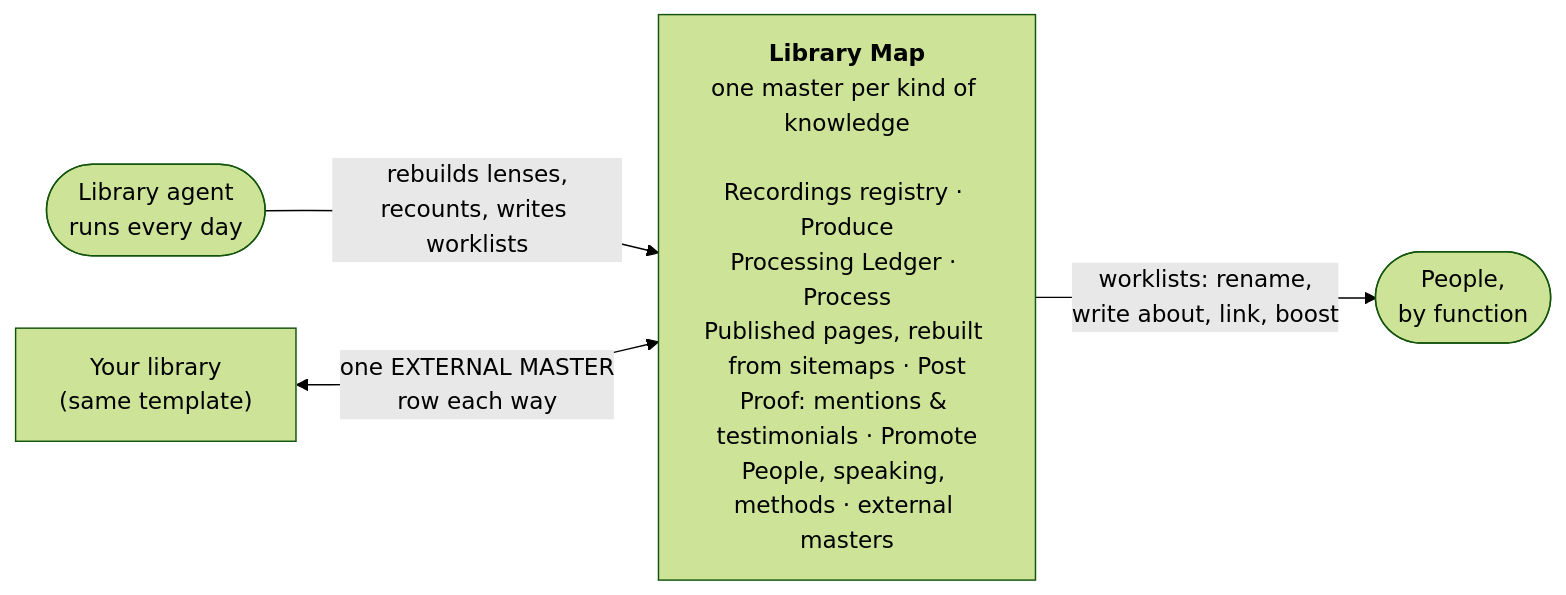
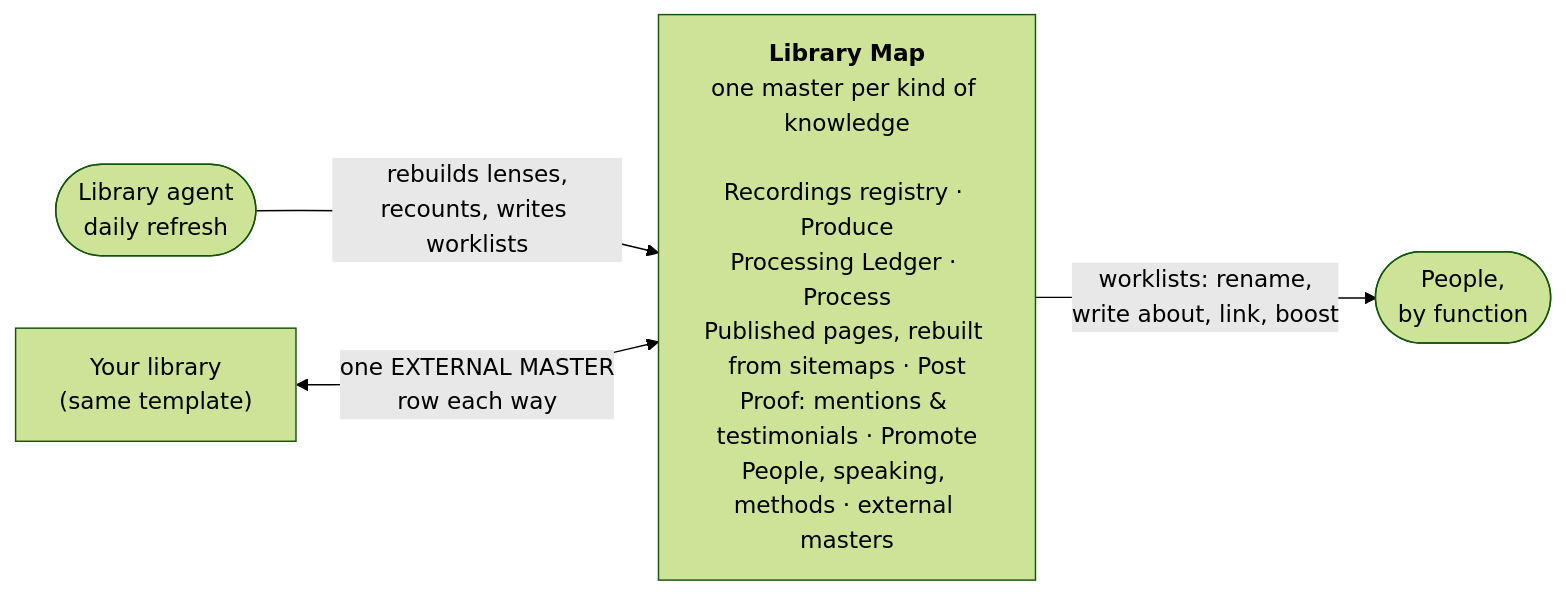
Before and after one commit to dennisyu/local-service-spotlight-skills: the diagram in docs/content-library/README.md, drawn with Mermaid (forest theme). The commit also changed other lines of this file and 6 other files, not shown here.

First line of the commit message:
content-library-keeper: guards, quiet re-runs, what old addresses do today

````diff
--- a/docs/content-library/README.md
+++ b/docs/content-library/README.md
@@ -5,7 +5,7 @@
 ```mermaid
 flowchart LR
-  AGENT(["Library agent<br/>runs every day"]) -->|"rebuilds lenses,<br/>recounts, writes worklists"| MAP
+  AGENT(["Library agent<br/>daily refresh"]) -->|"rebuilds lenses,<br/>recounts, writes worklists"| MAP
   MAP["<b>Library Map</b><br/>one master per kind of knowledge<br/><br/>Recordings registry · Produce<br/>Processing Ledger · Process<br/>Published pages, rebuilt from sitemaps · Post<br/>Proof: mentions & testimonials · Promote<br/>People, speaking, methods · external masters"]
   MAP -->|"worklists: rename,<br/>write about, link, boost"| TEAM(["People,<br/>by function"])
   SPOKE["Your library<br/>(same template)"] <-->|"one EXTERNAL MASTER<br/>row each way"| MAP
 ```
````
